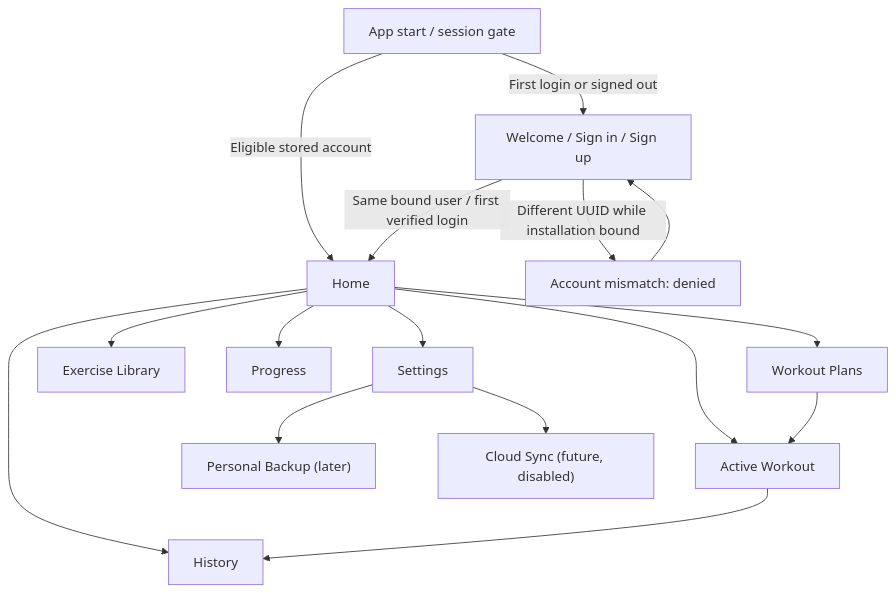
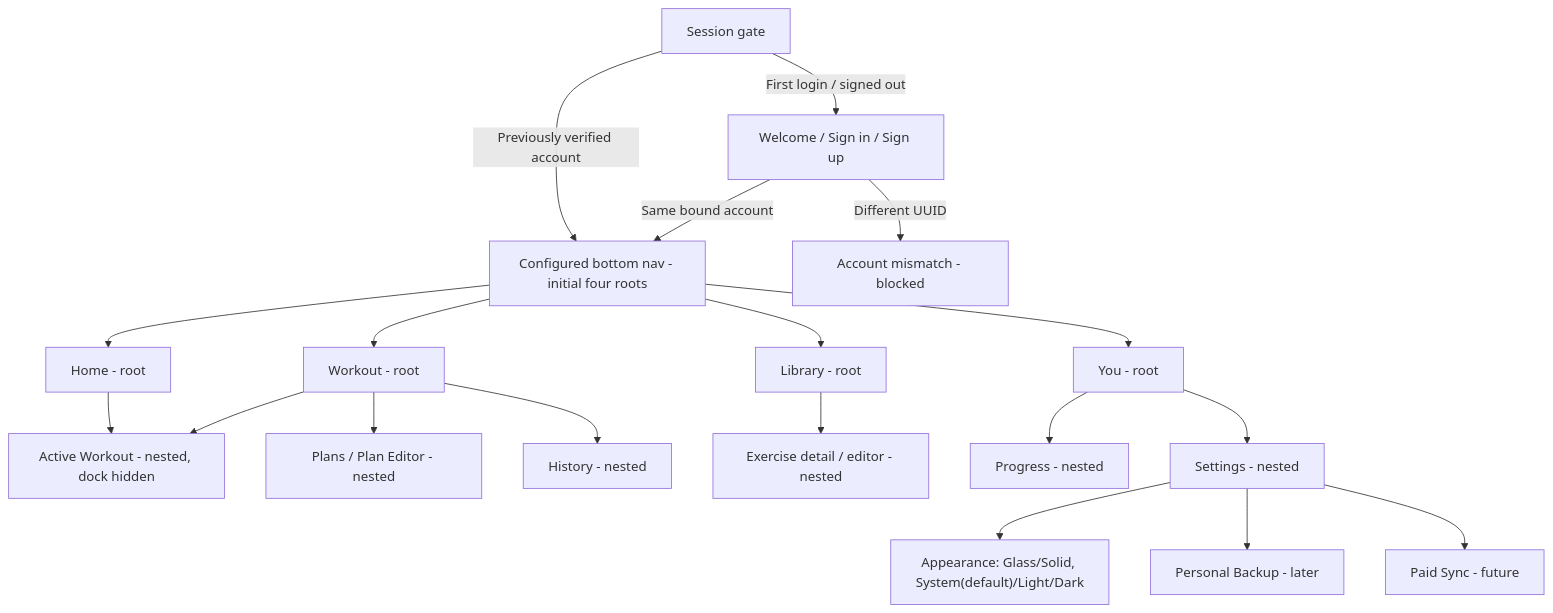
The diagram in docs/20-MVP-UX-FLOWS.md (im-tnyx/Tio-Workspace), drawn with Mermaid before and after one commit. The commit also changed other lines of this file and 16 other files, not shown here.

````diff
--- a/docs/20-MVP-UX-FLOWS.md
+++ b/docs/20-MVP-UX-FLOWS.md
@@ -17,18 +17,21 @@
 ```mermaid
 flowchart TD
-  S["App start / session gate"] -->|First login or signed out| A["Welcome / Sign in / Sign up"]
-  S -->|Eligible stored account| H["Home"]
-  A -->|Same bound user / first verified login| H
-  A -->|Different UUID while installation bound| M["Account mismatch: denied"]
-  M --> A
-  H --> W["Active Workout"]
-  H --> P["Workout Plans"]
-  H --> L["Exercise Library"]
-  H --> T["History"]
-  H --> R["Progress"]
-  H --> E["Settings"]
-  E --> B["Personal Backup (later)"]
-  E --> X["Cloud Sync (future, disabled)"]
-  P --> W
-  W --> T
+  S["Session gate"] -->|Previously verified account| Dock["Configured bottom nav - initial four roots"]
+  S -->|First login / signed out| Auth["Welcome / Sign in / Sign up"]
+  Auth -->|Same bound account| Dock
+  Auth -->|Different UUID| Denied["Account mismatch - blocked"]
+  Dock --> Home["Home - root"]
+  Dock --> Workout["Workout - root"]
+  Dock --> Library["Library - root"]
+  Dock --> You["You - root"]
+  Home --> Active["Active Workout - nested, dock hidden"]
+  Workout --> Plans["Plans / Plan Editor - nested"]
+  Workout --> Active
+  Workout --> History["History - nested"]
+  Library --> Exercise["Exercise detail / editor - nested"]
+  You --> Progress["Progress - nested"]
+  You --> Settings["Settings - nested"]
+  Settings --> Appear["Appearance: Glass/Solid, System(default)/Light/Dark"]
+  Settings --> Backup["Personal Backup - later"]
+  Settings --> Sync["Paid Sync - future"]
 ```
````
